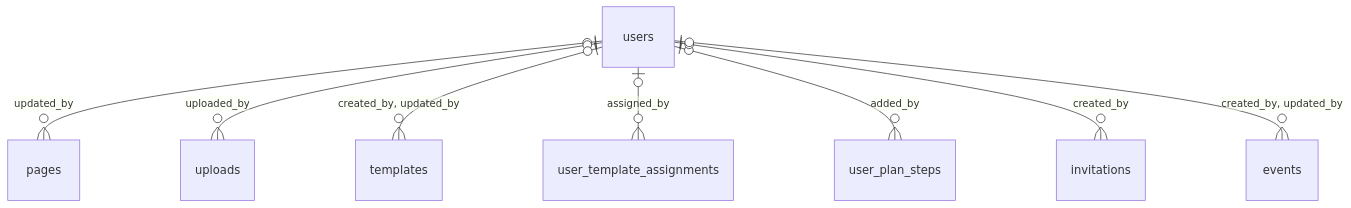
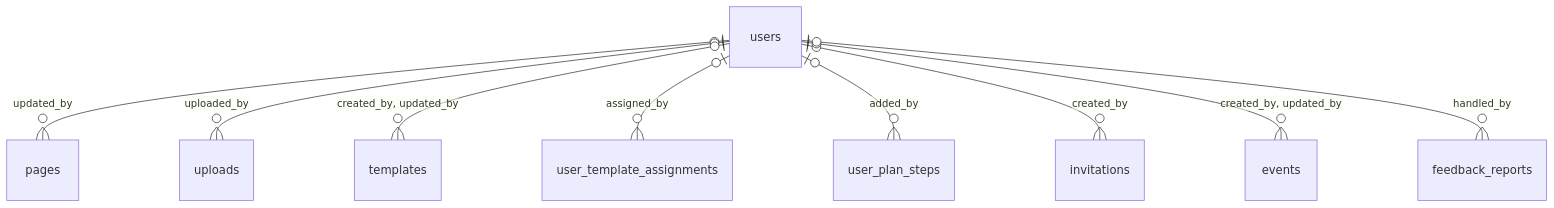
One commit to MuratAkkus0/onboardig changed the second of 2 diagrams in docs/projektdoku/er-diagramm.md. Above: the diagram before and after it, drawn with Mermaid. The commit also changed other lines of this file and 7 other files, not shown here.

````diff
--- a/docs/projektdoku/er-diagramm.md
+++ b/docs/projektdoku/er-diagramm.md
@@ -209,10 +244,11 @@
 ```mermaid
 erDiagram
     users |o--o{ pages : "updated_by"
     users |o--o{ uploads : "uploaded_by"
     users |o--o{ templates : "created_by, updated_by"
     users |o--o{ user_template_assignments : "assigned_by"
     users |o--o{ user_plan_steps : "added_by"
     users |o--o{ invitations : "created_by"
     users |o--o{ events : "created_by, updated_by"
+    users |o--o{ feedback_reports : "handled_by"
 ```
````
